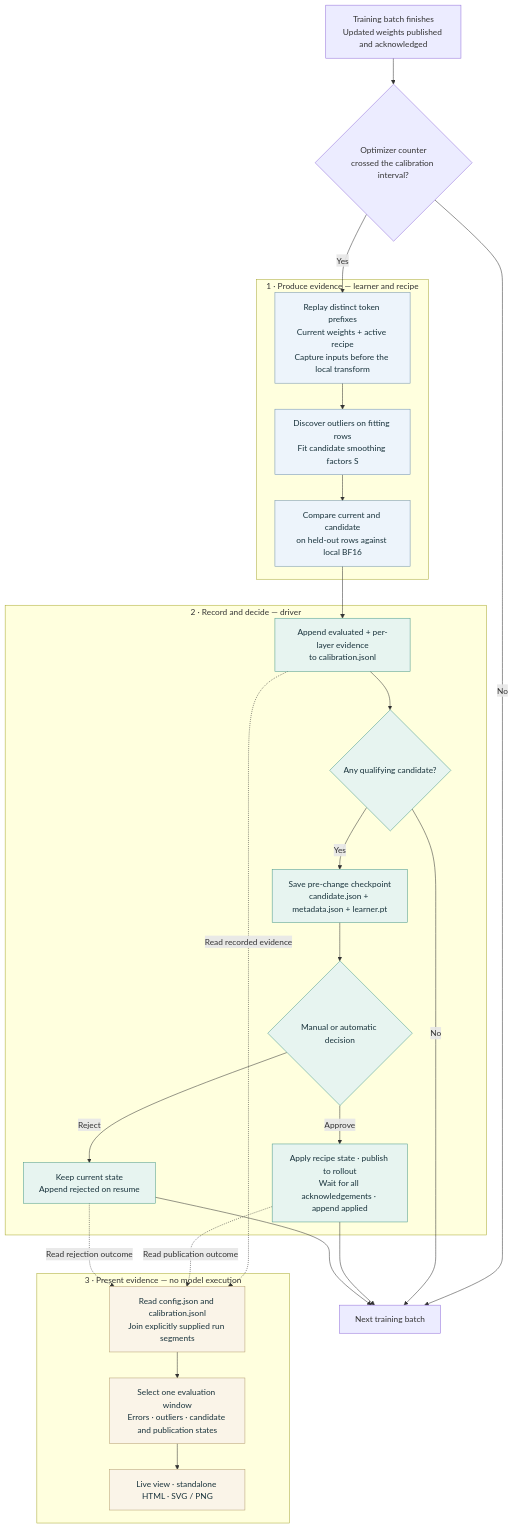
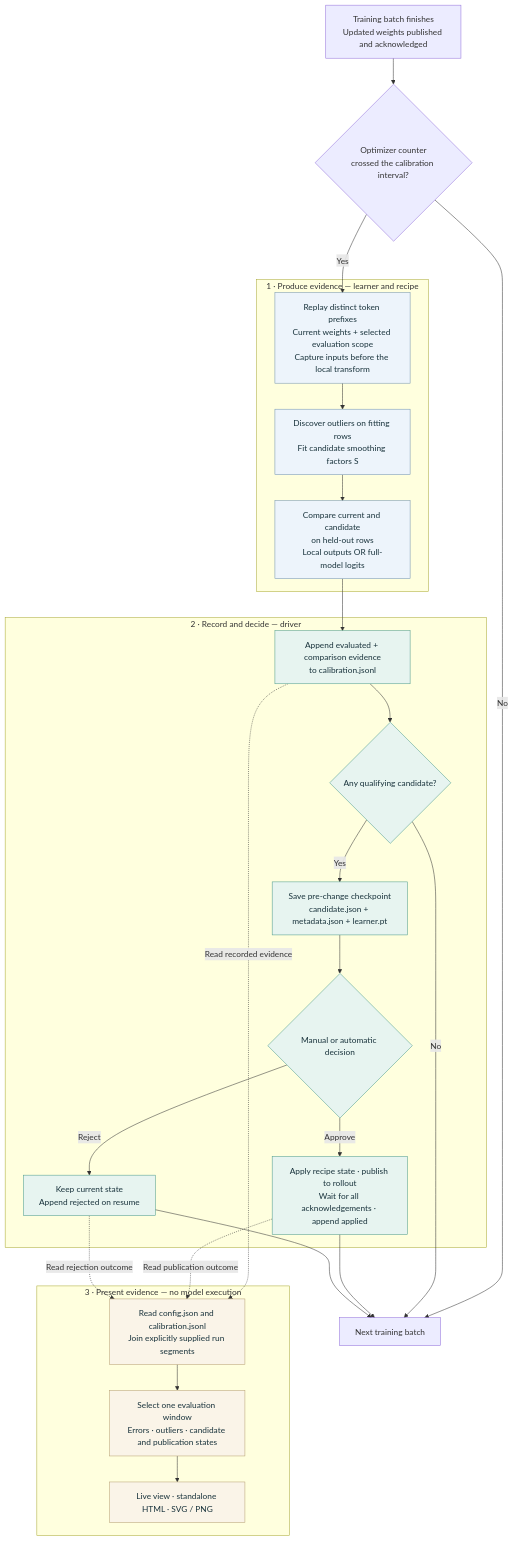
The first of 2 diagrams in docs/smoothquant-calibration.md (wengeezhang/QoreRL), drawn with Mermaid before and after one commit. The commit also changed other lines of this file and 29 other files, not shown here.

First line of the commit message:
feat: validate SmoothQuant candidates with full-model logits

````diff
--- a/docs/smoothquant-calibration.md
+++ b/docs/smoothquant-calibration.md
@@ -11,37 +18,37 @@
 ```mermaid
 flowchart TD
     A[Training batch finishes<br/>Updated weights published and acknowledged] --> B{Optimizer counter<br/>crossed the calibration interval?}
     B -->|No| NEXT[Next training batch]
     B -->|Yes| C
     subgraph COMPUTE[1 · Produce evidence — learner and recipe]
-        C[Replay distinct token prefixes<br/>Current weights + active recipe<br/>Capture inputs before the local transform]
+        C[Replay distinct token prefixes<br/>Current weights + selected evaluation scope<br/>Capture inputs before the local transform]
         C --> D[Discover outliers on fitting rows<br/>Fit candidate smoothing factors S]
-        D --> E[Compare current and candidate<br/>on held-out rows against local BF16]
+        D --> E[Compare current and candidate<br/>on held-out rows<br/>Local outputs OR full-model logits]
     end
     E --> F
     subgraph RECORD[2 · Record and decide — driver]
-        F[Append evaluated + per-layer evidence<br/>to calibration.jsonl]
+        F[Append evaluated + comparison evidence<br/>to calibration.jsonl]
         F --> G{Any qualifying candidate?}
         G -->|Yes| H[Save pre-change checkpoint<br/>candidate.json + metadata.json + learner.pt]
         H --> I{Manual or automatic decision}
         I -->|Approve| J[Apply recipe state · publish to rollout<br/>Wait for all acknowledgements · append applied]
         I -->|Reject| K[Keep current state<br/>Append rejected on resume]
     end
     G -->|No| NEXT
     J --> NEXT
     K --> NEXT
     F -. Read recorded evidence .-> V
     J -. Read publication outcome .-> V
     K -. Read rejection outcome .-> V
     subgraph VIEW[3 · Present evidence — no model execution]
         V[Read config.json and calibration.jsonl<br/>Join explicitly supplied run segments]
         V --> W[Select one evaluation window<br/>Errors · outliers · candidate and publication states]
         W --> X[Live view · standalone HTML · SVG / PNG]
     end
     classDef compute fill:#edf4fb,stroke:#7192ae,color:#18323b
     classDef record fill:#e7f4f0,stroke:#4b9a8b,color:#18323b
     classDef view fill:#faf4e8,stroke:#b7a073,color:#18323b
     class C,D,E compute
     class F,G,H,I,J,K record
     class V,W,X view
 ```
````
